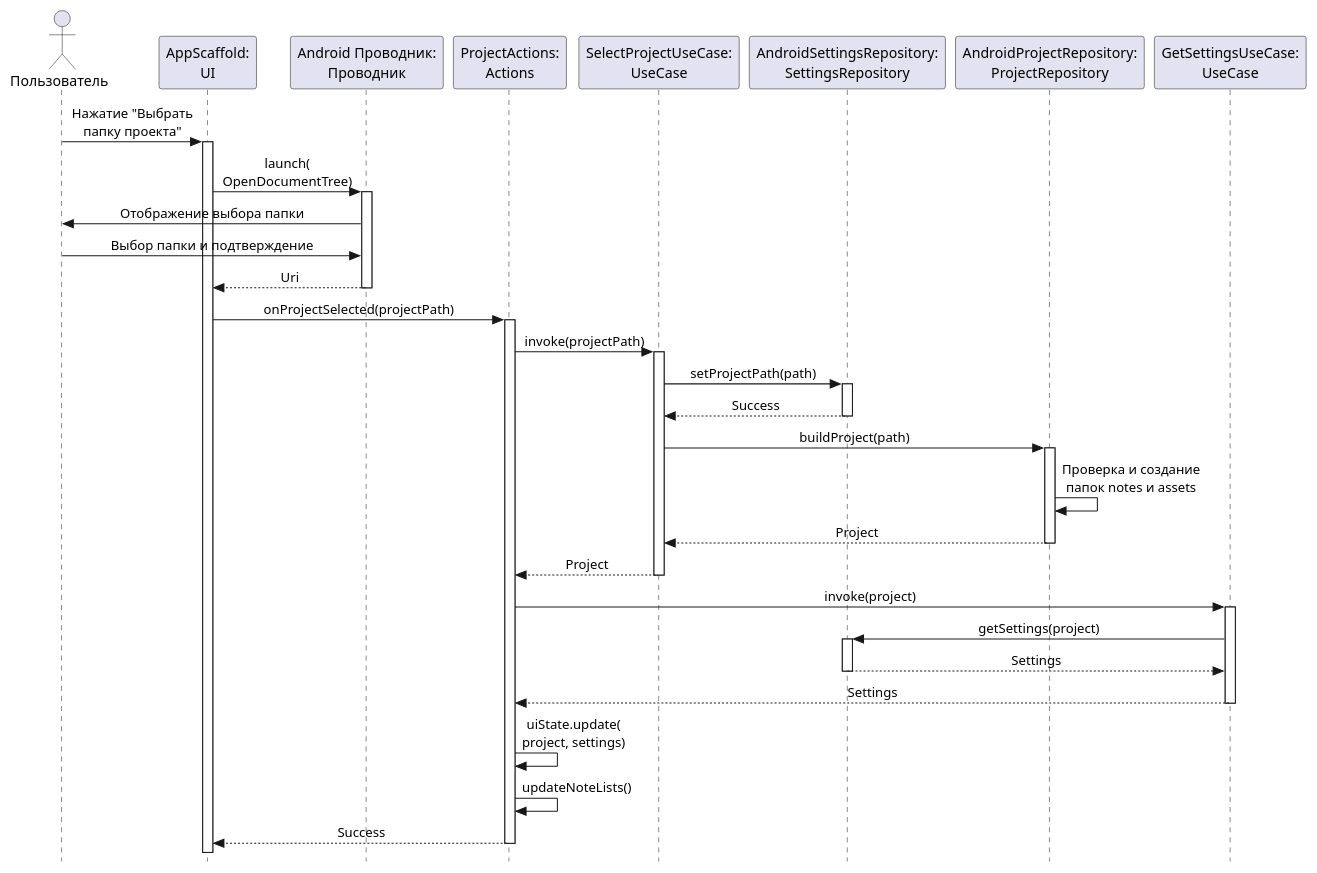
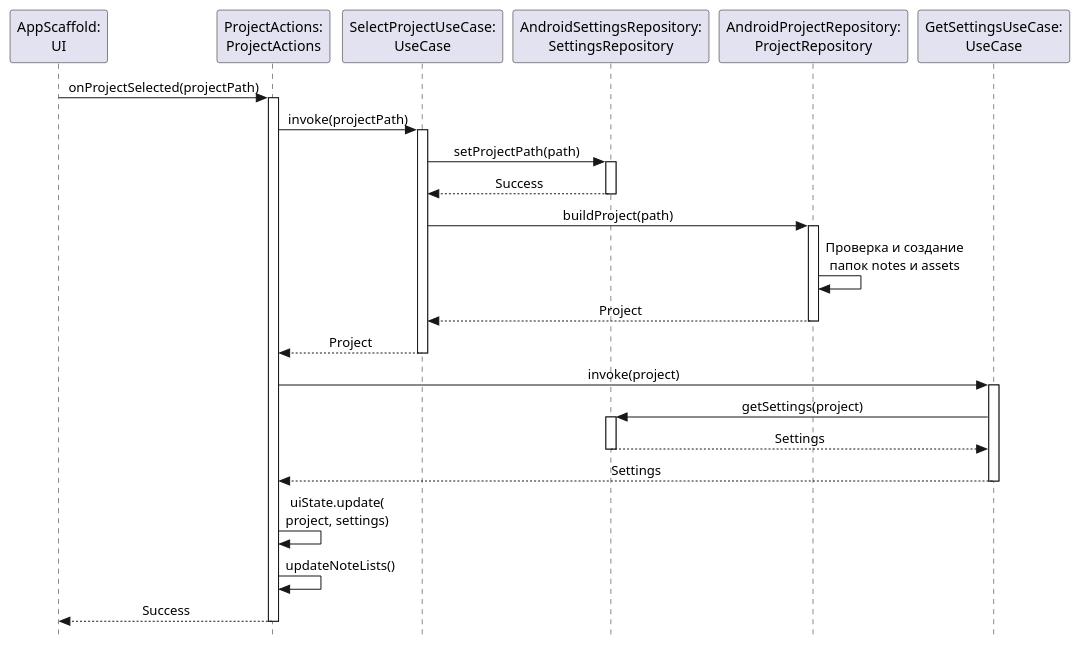
Before and after one commit to mangustc/markdown-editor: the diagram in plantuml/sequence-on-select-project.puml, drawn with PlantUML. The commit also changed 5 other files, not shown here.

Commit message:
update diagrams

```diff
--- a/plantuml/sequence-on-select-project.puml
+++ b/plantuml/sequence-on-select-project.puml
@@ -1,58 +1,46 @@
 @startuml
 skinparam style strictuml
 skinparam sequenceMessageAlign center
 
-actor "Пользователь" as User
 participant "AppScaffold:\nUI" as UI
-participant "Android Проводник:\nПроводник" as FilePicker
-participant "ProjectActions:\nActions" as Actions
+participant "ProjectActions:\nProjectActions" as Actions
 participant "SelectProjectUseCase:\nUseCase" as SelectUseCase
 participant "AndroidSettingsRepository:\nSettingsRepository" as SettingsRepo
 participant "AndroidProjectRepository:\nProjectRepository" as ProjectRepo
 participant "GetSettingsUseCase:\nUseCase" as SettingsUseCase
-
-User -> UI : Нажатие "Выбрать\nпапку проекта"
-activate UI
-
-UI -> FilePicker :  launch(\nOpenDocumentTree)
-activate FilePicker
-FilePicker -> User : Отображение выбора папки
-User -> FilePicker : Выбор папки и подтверждение
-FilePicker --> UI :  Uri
-deactivate FilePicker
 
 UI -> Actions :  onProjectSelected(projectPath)
 activate Actions
 
 Actions -> SelectUseCase :  invoke(projectPath)
 activate SelectUseCase
 
 SelectUseCase -> SettingsRepo :  setProjectPath(path)
 activate SettingsRepo
 SettingsRepo --> SelectUseCase : Success
 deactivate SettingsRepo
 
 SelectUseCase -> ProjectRepo :  buildProject(path)
 activate ProjectRepo
 ProjectRepo -> ProjectRepo : Проверка и создание\nпапок notes и assets
 ProjectRepo --> SelectUseCase :  Project
 deactivate ProjectRepo
 
 SelectUseCase --> Actions :  Project
 deactivate SelectUseCase
 
 Actions -> SettingsUseCase :  invoke(project)
 activate SettingsUseCase
 SettingsUseCase -> SettingsRepo :  getSettings(project)
 activate SettingsRepo
 SettingsRepo --> SettingsUseCase :  Settings
 deactivate SettingsRepo
 SettingsUseCase --> Actions :  Settings
 deactivate SettingsUseCase
 
 Actions -> Actions : uiState.update(\nproject, settings)
-Actions -> Actions :  updateNoteLists()
-Actions --> UI :  Success
+Actions -> Actions : updateNoteLists()
+Actions --> UI : Success
 deactivate Actions
 
 @enduml
```
